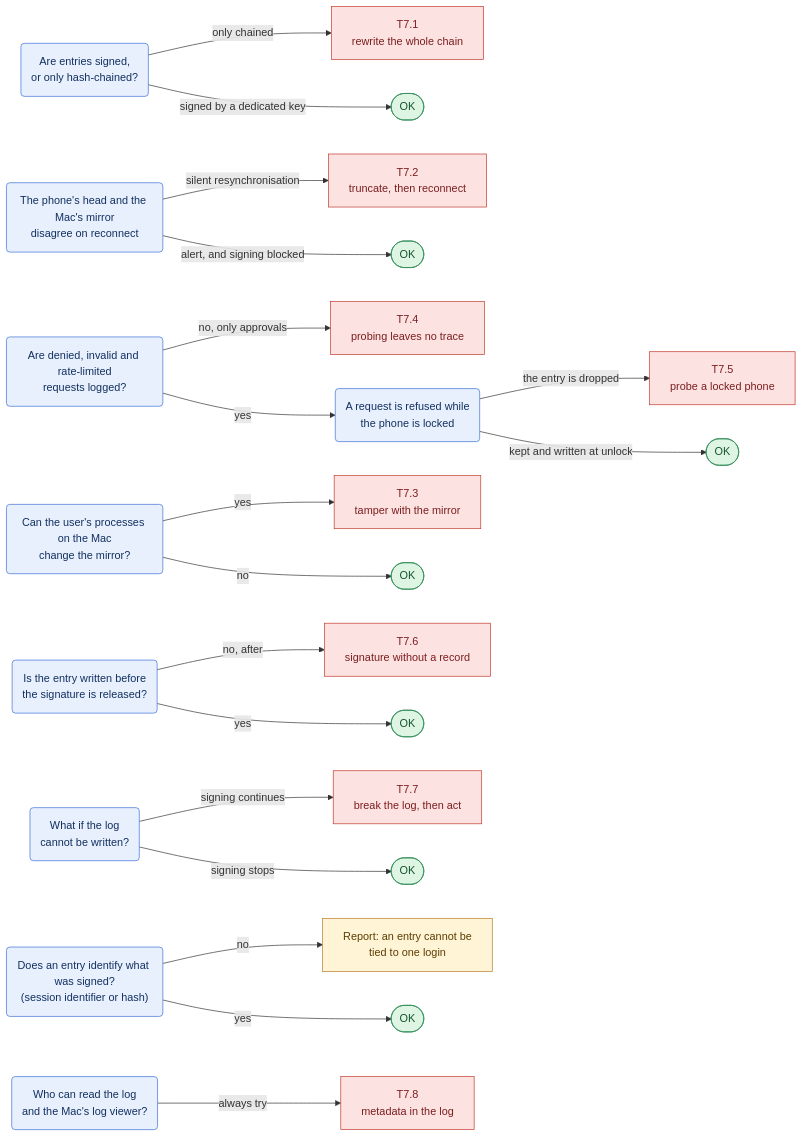
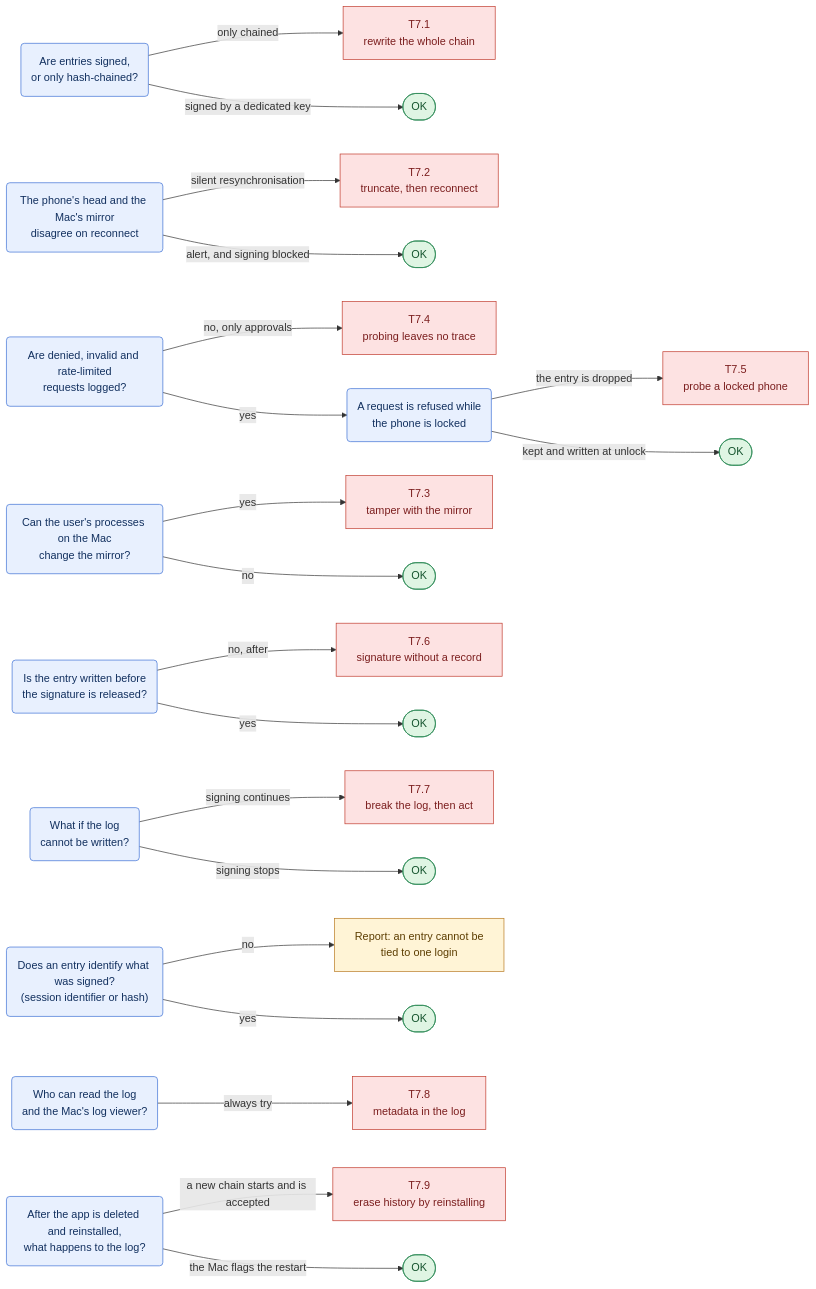
One commit to Samylay/sentry-key changed diagram 16 of 17 in docs/red-team/README.md. Above: the diagram before and after it, drawn with Mermaid. The commit also changed other lines of this file and 1 other file, not shown here.

````diff
--- a/docs/red-team/README.md
+++ b/docs/red-team/README.md
@@ -630,33 +650,36 @@
 ```mermaid
 flowchart LR
   classDef q fill:#e8f0fe,stroke:#3b6fd4,color:#12305f
   classDef atk fill:#fde2e2,stroke:#c0392b,color:#7b1e1e
   classDef ok fill:#dff5e3,stroke:#2e8b57,color:#14532d
   classDef note fill:#fff4d6,stroke:#b7791f,color:#5c3d00
   q1("Are entries signed,<br/>or only hash-chained?"):::q
   q2("The phone's head and the Mac's mirror<br/>disagree on reconnect"):::q
   q3("Can the user's processes on the Mac<br/>change the mirror?"):::q
   q4("Are denied, invalid and rate-limited<br/>requests logged?"):::q
   q5("A request is refused while<br/>the phone is locked"):::q
   q6("Is the entry written before<br/>the signature is released?"):::q
   q7("What if the log<br/>cannot be written?"):::q
   q8("Does an entry identify what was signed?<br/>(session identifier or hash)"):::q
   q9("Who can read the log<br/>and the Mac's log viewer?"):::q
+  q10("After the app is deleted and reinstalled,<br/>what happens to the log?"):::q
   q1 -->|"only chained"| a1["T7.1<br/>rewrite the whole chain"]:::atk
   q1 -->|"signed by a dedicated key"| ok1(["OK"]):::ok
   q2 -->|"silent resynchronisation"| a2["T7.2<br/>truncate, then reconnect"]:::atk
   q2 -->|"alert, and signing blocked"| ok2(["OK"]):::ok
   q3 -->|"yes"| a3["T7.3<br/>tamper with the mirror"]:::atk
   q3 -->|"no"| ok3(["OK"]):::ok
   q4 -->|"no, only approvals"| a4["T7.4<br/>probing leaves no trace"]:::atk
   q4 -->|"yes"| q5
   q5 -->|"the entry is dropped"| a5["T7.5<br/>probe a locked phone"]:::atk
   q5 -->|"kept and written at unlock"| ok4(["OK"]):::ok
   q6 -->|"no, after"| a6["T7.6<br/>signature without a record"]:::atk
   q6 -->|"yes"| ok5(["OK"]):::ok
   q7 -->|"signing continues"| a7["T7.7<br/>break the log, then act"]:::atk
   q7 -->|"signing stops"| ok6(["OK"]):::ok
   q8 -->|"no"| n1["Report: an entry cannot be<br/>tied to one login"]:::note
   q8 -->|"yes"| ok7(["OK"]):::ok
   q9 -->|"always try"| a8["T7.8<br/>metadata in the log"]:::atk
+  q10 -->|"a new chain starts and is accepted"| a9["T7.9<br/>erase history by reinstalling"]:::atk
+  q10 -->|"the Mac flags the restart"| ok8(["OK"]):::ok
 ```
````
